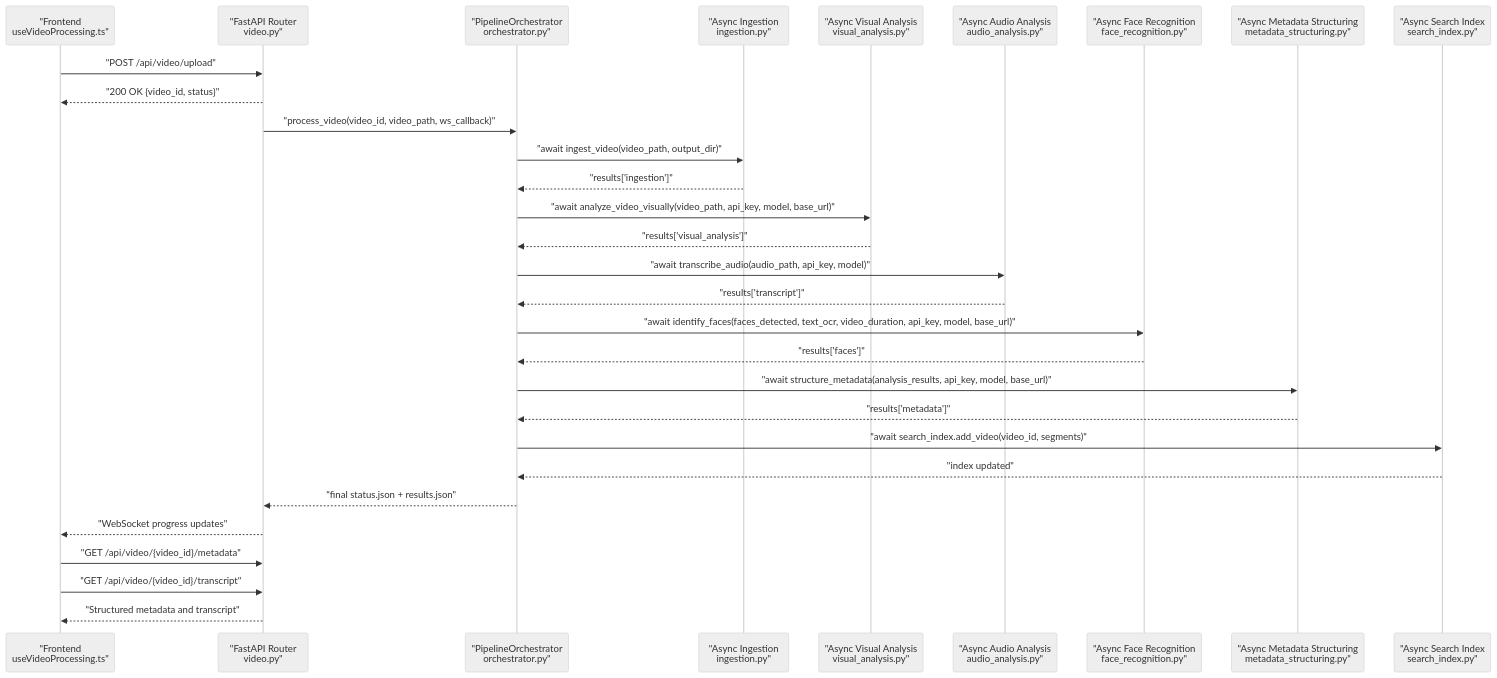
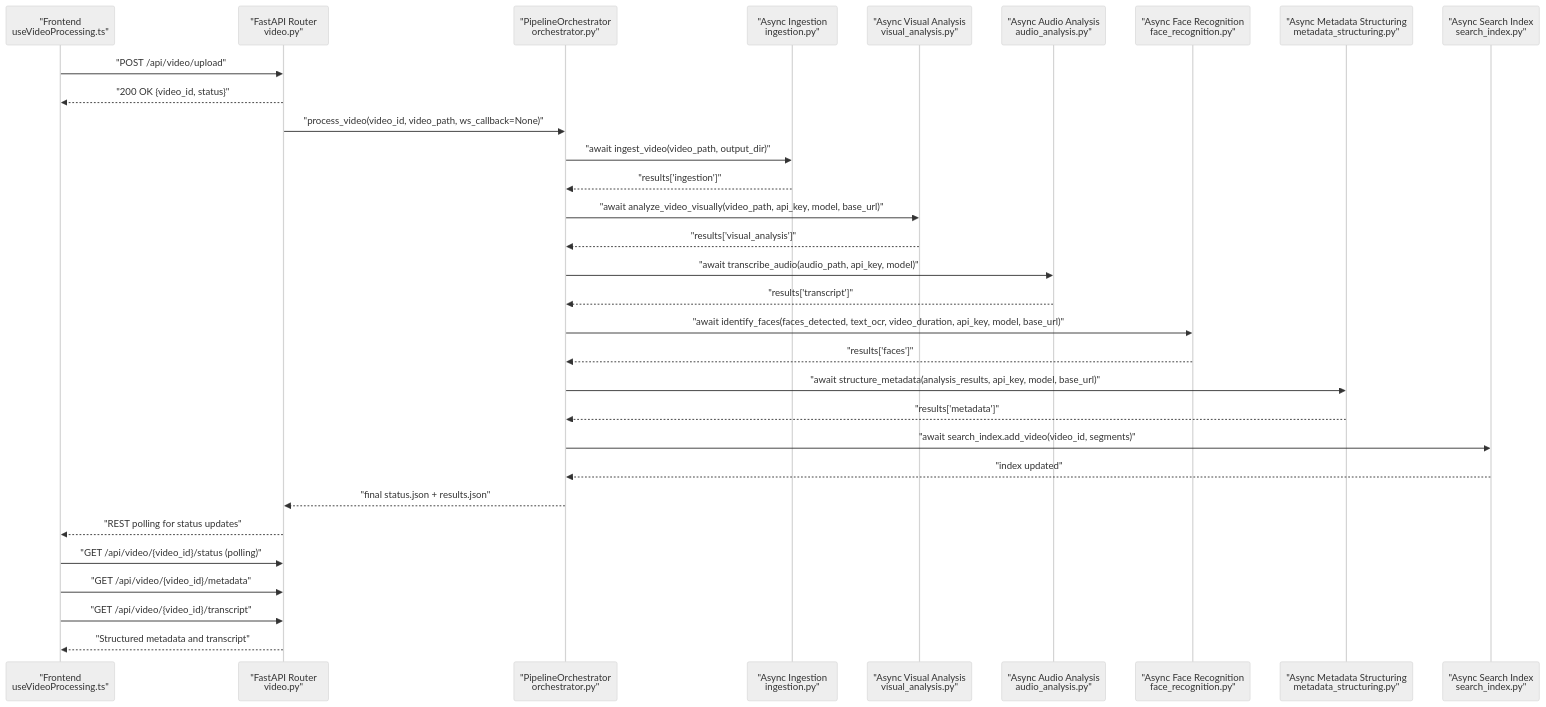
One commit to alexandreybasta-cyber/dubai-media-ai changed the second of 8 diagrams in .qoder/repowiki/en/content/Media Processing Pipeline/Pipeline Overview and Architecture.md. Above: the diagram before and after it, drawn with Mermaid (neutral theme). The commit also changed other lines of this file and 19 other files, not shown here.

````diff
--- a/.qoder/repowiki/en/content/Media Processing Pipeline/Pipeline Overview and Architecture.md
+++ b/.qoder/repowiki/en/content/Media Processing Pipeline/Pipeline Overview and Architecture.md
@@ -111,32 +119,33 @@
 ```mermaid
 sequenceDiagram
 participant FE as "Frontend<br/>useVideoProcessing.ts"
 participant API as "FastAPI Router<br/>video.py"
 participant ORCH as "PipelineOrchestrator<br/>orchestrator.py"
 participant ST1 as "Async Ingestion<br/>ingestion.py"
 participant ST2 as "Async Visual Analysis<br/>visual_analysis.py"
 participant ST3 as "Async Audio Analysis<br/>audio_analysis.py"
 participant ST4 as "Async Face Recognition<br/>face_recognition.py"
 participant ST5 as "Async Metadata Structuring<br/>metadata_structuring.py"
 participant ST6 as "Async Search Index<br/>search_index.py"
 FE->>API : "POST /api/video/upload"
 API-->>FE : "200 OK {video_id, status}"
-API->>ORCH : "process_video(video_id, video_path, ws_callback)"
+API->>ORCH : "process_video(video_id, video_path, ws_callback=None)"
 ORCH->>ST1 : "await ingest_video(video_path, output_dir)"
 ST1-->>ORCH : "results['ingestion']"
 ORCH->>ST2 : "await analyze_video_visually(video_path, api_key, model, base_url)"
 ST2-->>ORCH : "results['visual_analysis']"
 ORCH->>ST3 : "await transcribe_audio(audio_path, api_key, model)"
 ST3-->>ORCH : "results['transcript']"
 ORCH->>ST4 : "await identify_faces(faces_detected, text_ocr, video_duration, api_key, model, base_url)"
 ST4-->>ORCH : "results['faces']"
 ORCH->>ST5 : "await structure_metadata(analysis_results, api_key, model, base_url)"
 ST5-->>ORCH : "results['metadata']"
 ORCH->>ST6 : "await search_index.add_video(video_id, segments)"
 ST6-->>ORCH : "index updated"
 ORCH-->>API : "final status.json + results.json"
-API-->>FE : "WebSocket progress updates"
+API-->>FE : "REST polling for status updates"
+FE->>API : "GET /api/video/{video_id}/status (polling)"
 FE->>API : "GET /api/video/{video_id}/metadata"
 FE->>API : "GET /api/video/{video_id}/transcript"
 API-->>FE : "Structured metadata and transcript"
 ```
````
